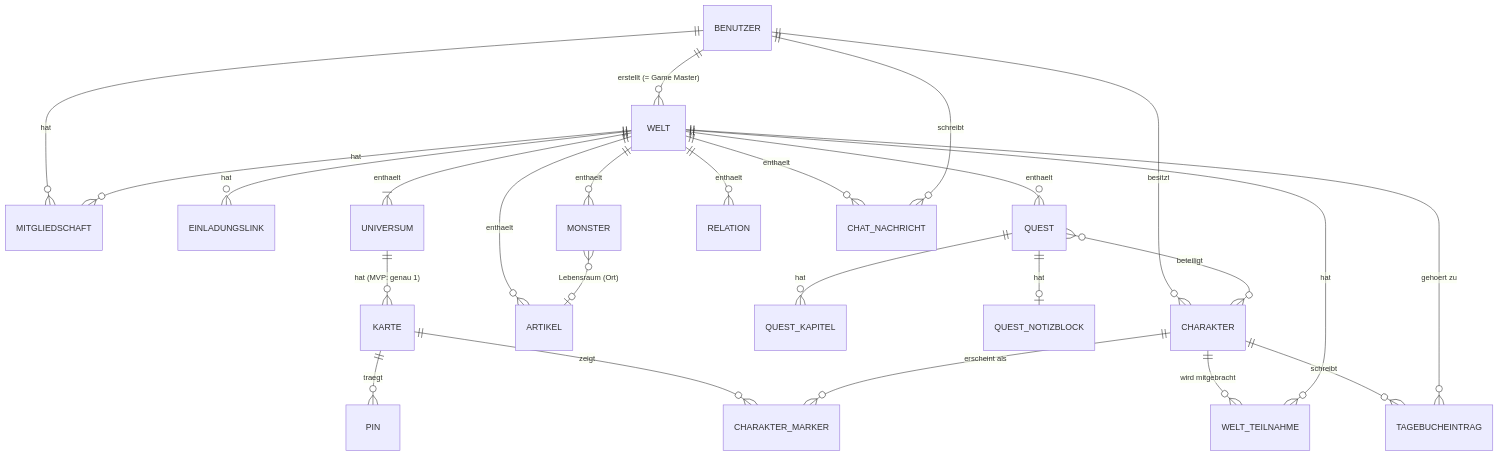
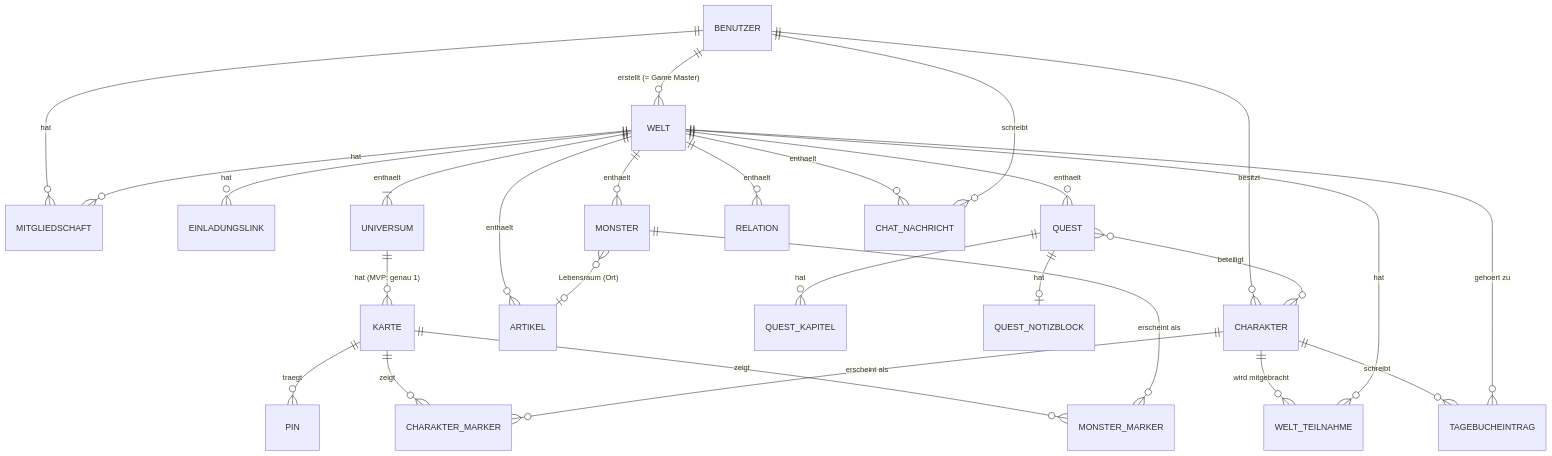
Before and after one commit to diego-lagolago/WorldCraft: the diagram in .ai/architecture/datenmodell-fachlich.md, drawn with Mermaid. The commit also changed other lines of this file and 46 other files, not shown here.

````diff
--- a/.ai/architecture/datenmodell-fachlich.md
+++ b/.ai/architecture/datenmodell-fachlich.md
@@ -15,27 +18,29 @@
 ```mermaid
 erDiagram
     BENUTZER ||--o{ WELT : "erstellt (= Game Master)"
     BENUTZER ||--o{ MITGLIEDSCHAFT : hat
     WELT ||--o{ MITGLIEDSCHAFT : hat
     WELT ||--o{ EINLADUNGSLINK : hat
     WELT ||--|{ UNIVERSUM : enthaelt
     UNIVERSUM ||--o{ KARTE : "hat (MVP: genau 1)"
     KARTE ||--o{ PIN : traegt
     KARTE ||--o{ CHARAKTER_MARKER : zeigt
+    KARTE ||--o{ MONSTER_MARKER : zeigt
     WELT ||--o{ ARTIKEL : enthaelt
     WELT ||--o{ QUEST : enthaelt
     WELT ||--o{ MONSTER : enthaelt
     QUEST ||--o{ QUEST_KAPITEL : hat
     QUEST ||--o| QUEST_NOTIZBLOCK : hat
     WELT ||--o{ RELATION : enthaelt
     WELT ||--o{ CHAT_NACHRICHT : enthaelt
     BENUTZER ||--o{ CHARAKTER : besitzt
     CHARAKTER ||--o{ WELT_TEILNAHME : "wird mitgebracht"
     WELT ||--o{ WELT_TEILNAHME : hat
     CHARAKTER ||--o{ CHARAKTER_MARKER : "erscheint als"
+    MONSTER ||--o{ MONSTER_MARKER : "erscheint als"
     CHARAKTER ||--o{ TAGEBUCHEINTRAG : schreibt
     WELT ||--o{ TAGEBUCHEINTRAG : "gehoert zu"
     QUEST }o--o{ CHARAKTER : "beteiligt"
     MONSTER }o--o| ARTIKEL : "Lebensraum (Ort)"
     BENUTZER ||--o{ CHAT_NACHRICHT : schreibt
 ```
````
